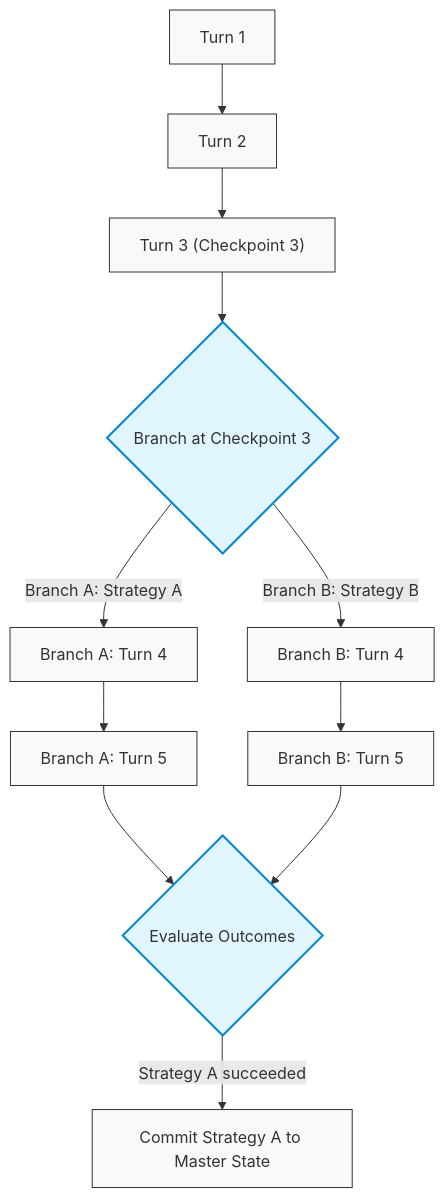
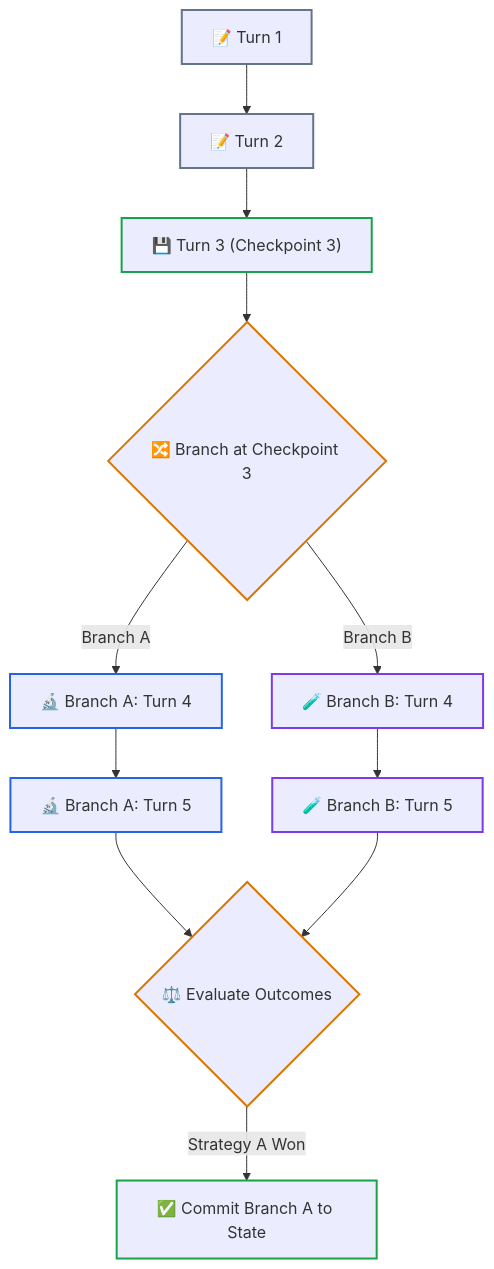
Before and after one commit to dip4k/senior-engineer-to-ai-engineer-roadmap: the fifth of 6 diagrams in 04-agentic-systems-and-orchestration/03-stateful-sessions-and-durable-wal-persistence.md, drawn with Mermaid. The commit also changed other lines of this file and 94 other files, not shown here.

Commit message:
refactor(curriculum): complete Phase 04 upgrade and enforce diagram renderer invariants

````diff
--- a/04-agentic-systems-and-orchestration/03-stateful-sessions-and-durable-wal-persistence.md
+++ b/04-agentic-systems-and-orchestration/03-stateful-sessions-and-durable-wal-persistence.md
@@ -182,14 +202,22 @@
 ```mermaid
 flowchart TD
-    classDef node fill:#f9f9f9,stroke:#333,stroke-width:1px;
-    classDef fork fill:#e1f5fe,stroke:#0288d1,stroke-width:2px;
+    T1["📝 Turn 1"] --> T2["📝 Turn 2"] --> T3["💾 Turn 3 (Checkpoint 3)"]
+    T3 --> Fork{"🔀 Branch at Checkpoint 3"}
+    
+    Fork -->|"Branch A"| A4["🔬 Branch A: Turn 4"] --> A5["🔬 Branch A: Turn 5"]
+    Fork -->|"Branch B"| B4["🧪 Branch B: Turn 4"] --> B5["🧪 Branch B: Turn 5"]
+    
+    A5 & B5 --> Judge{"⚖️ Evaluate Outcomes"}
+    Judge -->|"Strategy A Won"| Commit["✅ Commit Branch A to State"]
 
-    T1["Turn 1"]:::node --> T2["Turn 2"]:::node --> T3["Turn 3 (Checkpoint 3)"]:::node
-    T3 --> Fork{"Branch at Checkpoint 3"}:::fork
-    
-    Fork -->|"Branch A: Strategy A"| A4["Branch A: Turn 4"]:::node --> A5["Branch A: Turn 5"]:::node
-    Fork -->|"Branch B: Strategy B"| B4["Branch B: Turn 4"]:::node --> B5["Branch B: Turn 5"]:::node
-    
-    A5 & B5 --> Judge{"Evaluate Outcomes"}:::fork
-    Judge -->|"Strategy A succeeded"| Commit["Commit Strategy A to Master State"]:::node
+    style T1 stroke:#64748b,stroke-width:2px
+    style T2 stroke:#64748b,stroke-width:2px
+    style T3 stroke:#16a34a,stroke-width:2px
+    style Fork stroke:#d97706,stroke-width:2px
+    style A4 stroke:#2563eb,stroke-width:2px
+    style A5 stroke:#2563eb,stroke-width:2px
+    style B4 stroke:#7c3aed,stroke-width:2px
+    style B5 stroke:#7c3aed,stroke-width:2px
+    style Judge stroke:#d97706,stroke-width:2px
+    style Commit stroke:#16a34a,stroke-width:2px
 ```
````
